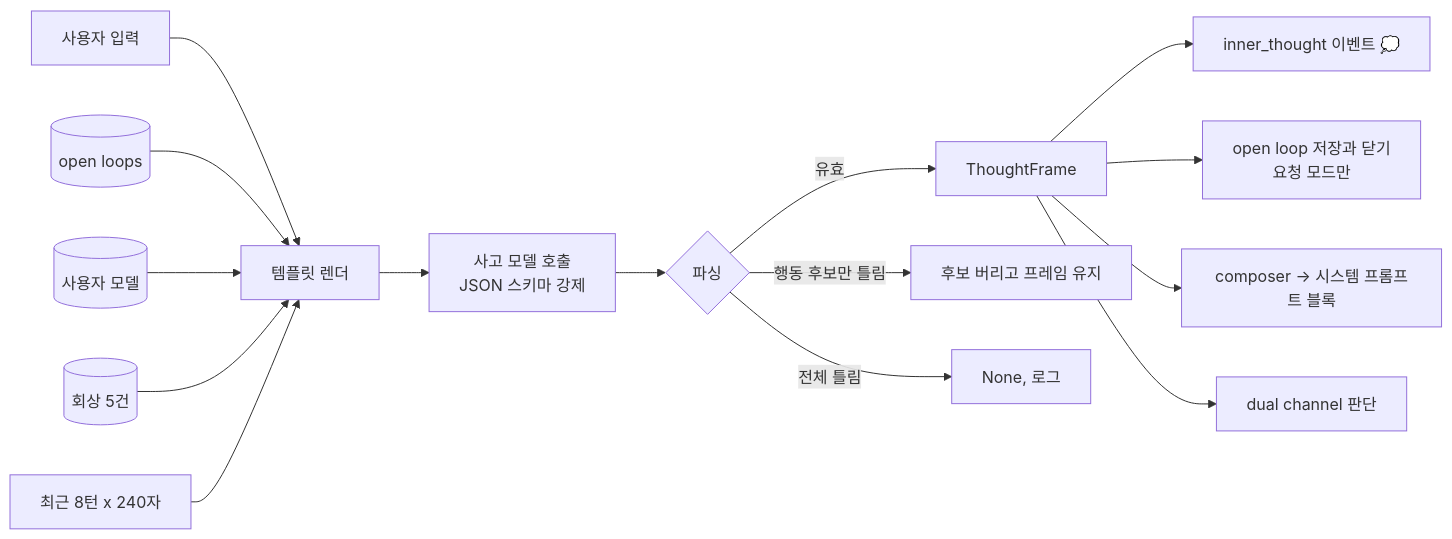
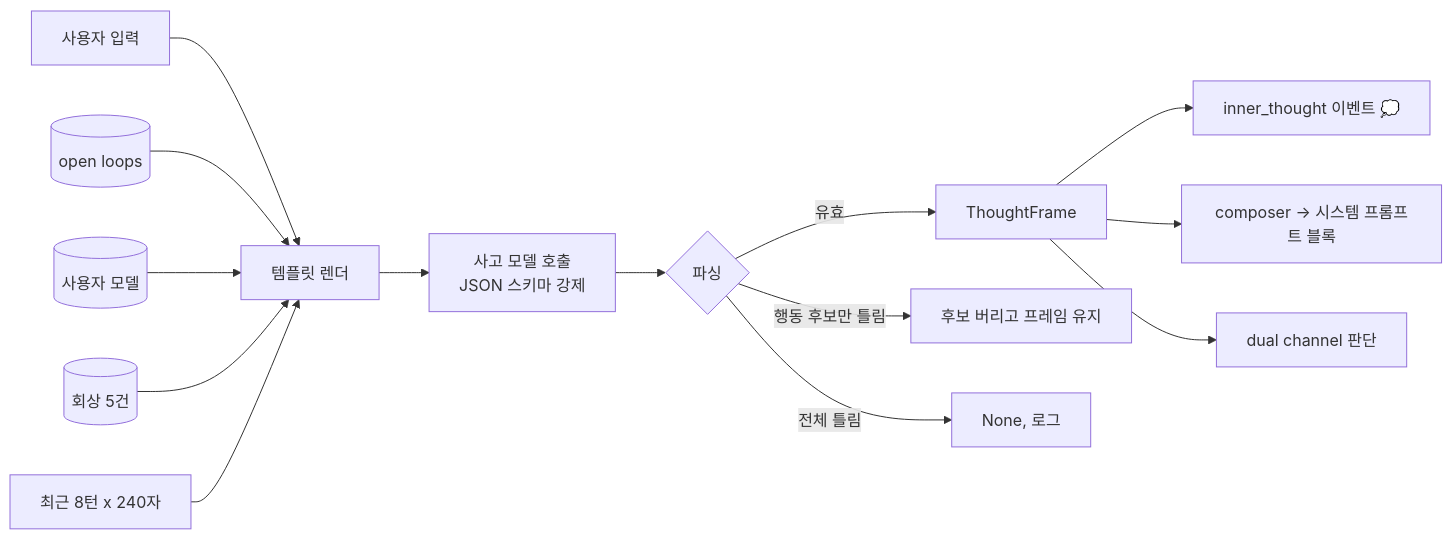
Before and after one commit to ash-hun/jarvis-agent: the first of 4 diagrams in website/docs/concepts/architecture/inner-thought.md, drawn with Mermaid. The commit also changed other lines of this file and 33 other files, not shown here.

````diff
--- a/website/docs/concepts/architecture/inner-thought.md
+++ b/website/docs/concepts/architecture/inner-thought.md
@@ -43,17 +43,16 @@
 ```mermaid
 flowchart LR
   IN[사용자 입력] --> R[템플릿 렌더]
   OL[(open loops)] --> R
   UM[(사용자 모델)] --> R
   MEM[(회상 5건)] --> R
   HIS[최근 8턴 x 240자] --> R
   R --> LLM[사고 모델 호출<br/>JSON 스키마 강제]
   LLM --> P{파싱}
   P -- 유효 --> F[ThoughtFrame]
   P -- 행동 후보만 틀림 --> F2[후보 버리고 프레임 유지]
   P -- 전체 틀림 --> N[None, 로그]
   F --> E[inner_thought 이벤트 💭]
-  F --> S[open loop 저장과 닫기<br/>요청 모드만]
   F --> C[composer → 시스템 프롬프트 블록]
   F --> D[dual channel 판단]
 ```
````
